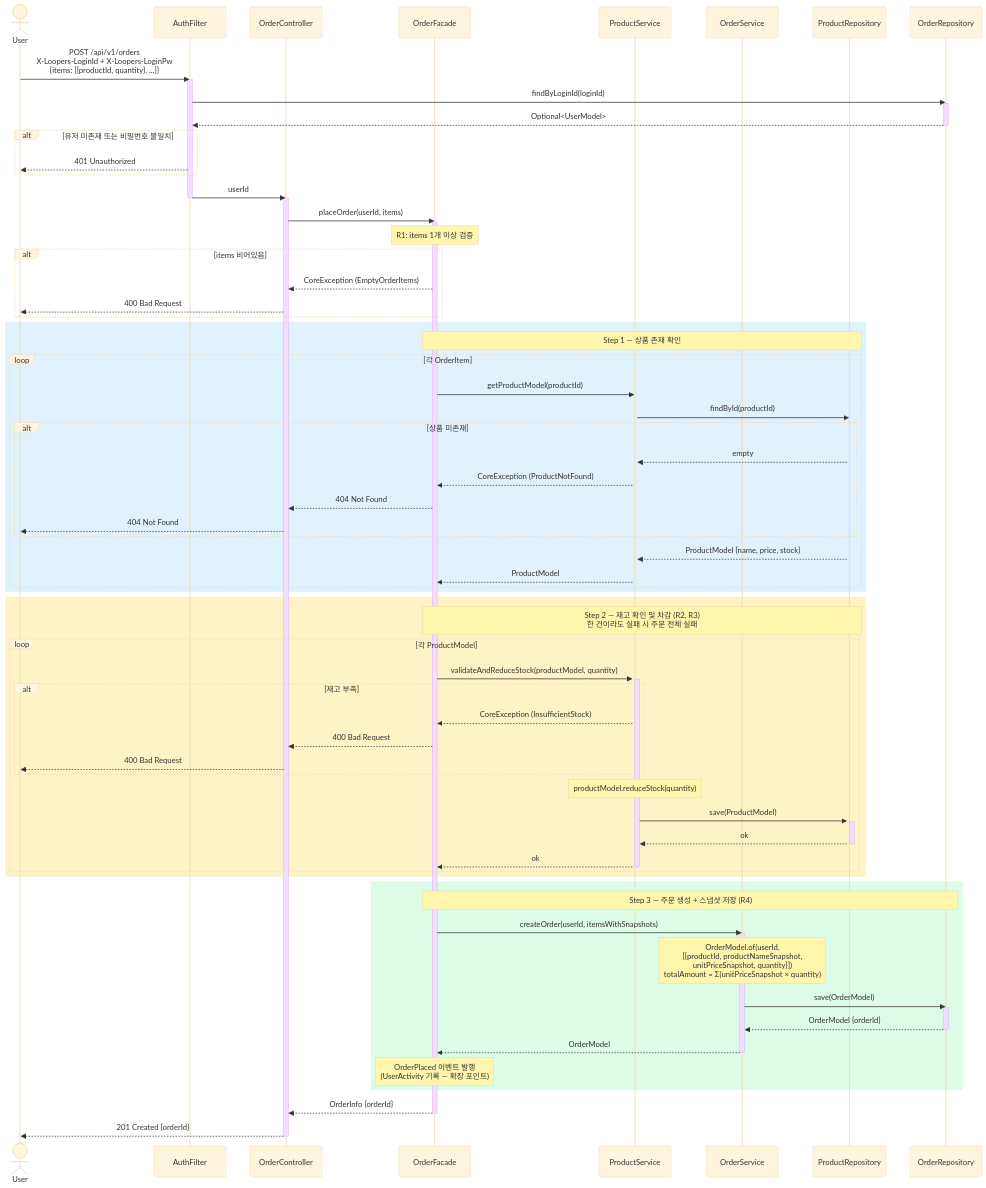
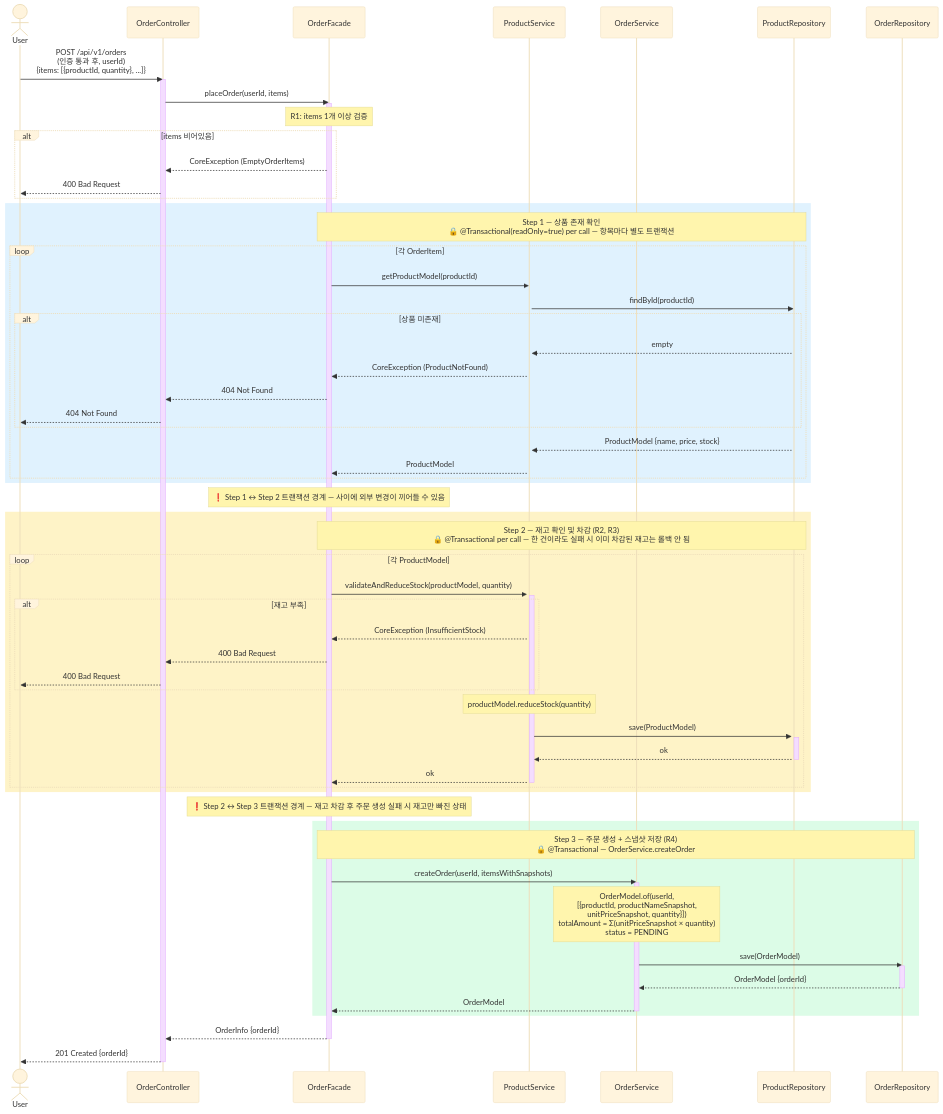
Before and after one commit to loopers-labs/loop-pack-be-l2-vol4-java: the fourth of 5 diagrams in .docs/design/02-sequence-diagrams.md, drawn with Mermaid (base theme). The commit also changed other lines of this file and 8 other files, not shown here.

````diff
--- a/.docs/design/02-sequence-diagrams.md
+++ b/.docs/design/02-sequence-diagrams.md
@@ -1138,7 +324,6 @@
 ```mermaid
 sequenceDiagram
     actor User
-    participant AF as AuthFilter
     participant OC as OrderController
     participant OF as OrderFacade
     participant PS as ProductService
@@ -1146,17 +331,7 @@
     participant PR as ProductRepository
     participant OR as OrderRepository
 
-    User->>AF: POST /api/v1/orders<br/>X-Loopers-LoginId + X-Loopers-LoginPw<br/>{items: [{productId, quantity}, ...]}
-    activate AF
-    AF->>OR: findByLoginId(loginId)
-    activate OR
-    OR-->>AF: Optional<UserModel>
-    deactivate OR
-    alt 유저 미존재 또는 비밀번호 불일치
-        AF-->>User: 401 Unauthorized
-    end
-    AF->>OC: userId
-    deactivate AF
+    User->>OC: POST /api/v1/orders<br/>(인증 통과 후, userId)<br/>{items: [{productId, quantity}, ...]}
     activate OC
 
     OC->>OF: placeOrder(userId, items)
@@ -1169,7 +344,7 @@
     end
 
     rect rgb(224, 242, 254)
-        Note over OF,PR: Step 1 — 상품 존재 확인
+        Note over OF,PR: Step 1 — 상품 존재 확인<br/>🔒 @Transactional(readOnly=true) per call — 항목마다 별도 트랜잭션
         loop 각 OrderItem
             OF->>PS: getProductModel(productId)
             activate PS
@@ -1186,8 +361,10 @@
         end
     end
 
+    Note over OF: ❗ Step 1 ↔ Step 2 트랜잭션 경계 — 사이에 외부 변경이 끼어들 수 있음
+
     rect rgb(254, 243, 199)
-        Note over OF,PR: Step 2 — 재고 확인 및 차감 (R2, R3)<br/>한 건이라도 실패 시 주문 전체 실패
+        Note over OF,PR: Step 2 — 재고 확인 및 차감 (R2, R3)<br/>🔒 @Transactional per call — 한 건이라도 실패 시 이미 차감된 재고는 롤백 안 됨
         loop 각 ProductModel
             OF->>PS: validateAndReduceStock(productModel, quantity)
             activate PS
@@ -1206,19 +383,19 @@
         end
     end
 
+    Note over OF: ❗ Step 2 ↔ Step 3 트랜잭션 경계 — 재고 차감 후 주문 생성 실패 시 재고만 빠진 상태
+
     rect rgb(220, 252, 231)
-        Note over OF,OR: Step 3 — 주문 생성 + 스냅샷 저장 (R4)
+        Note over OF,OR: Step 3 — 주문 생성 + 스냅샷 저장 (R4)<br/>🔒 @Transactional — OrderService.createOrder
         OF->>OS: createOrder(userId, itemsWithSnapshots)
         activate OS
-        Note over OS: OrderModel.of(userId,<br/>  [{productId, productNameSnapshot,<br/>    unitPriceSnapshot, quantity}])<br/>totalAmount = Σ(unitPriceSnapshot × quantity)
+        Note over OS: OrderModel.of(userId,<br/>  [{productId, productNameSnapshot,<br/>    unitPriceSnapshot, quantity}])<br/>totalAmount = Σ(unitPriceSnapshot × quantity)<br/>status = PENDING
         OS->>OR: save(OrderModel)
         activate OR
         OR-->>OS: OrderModel {orderId}
         deactivate OR
         OS-->>OF: OrderModel
         deactivate OS
-
-        Note over OF: OrderPlaced 이벤트 발행<br/>(UserActivity 기록 — 확장 포인트)
     end
 
     OF-->>OC: OrderInfo {orderId}
````
